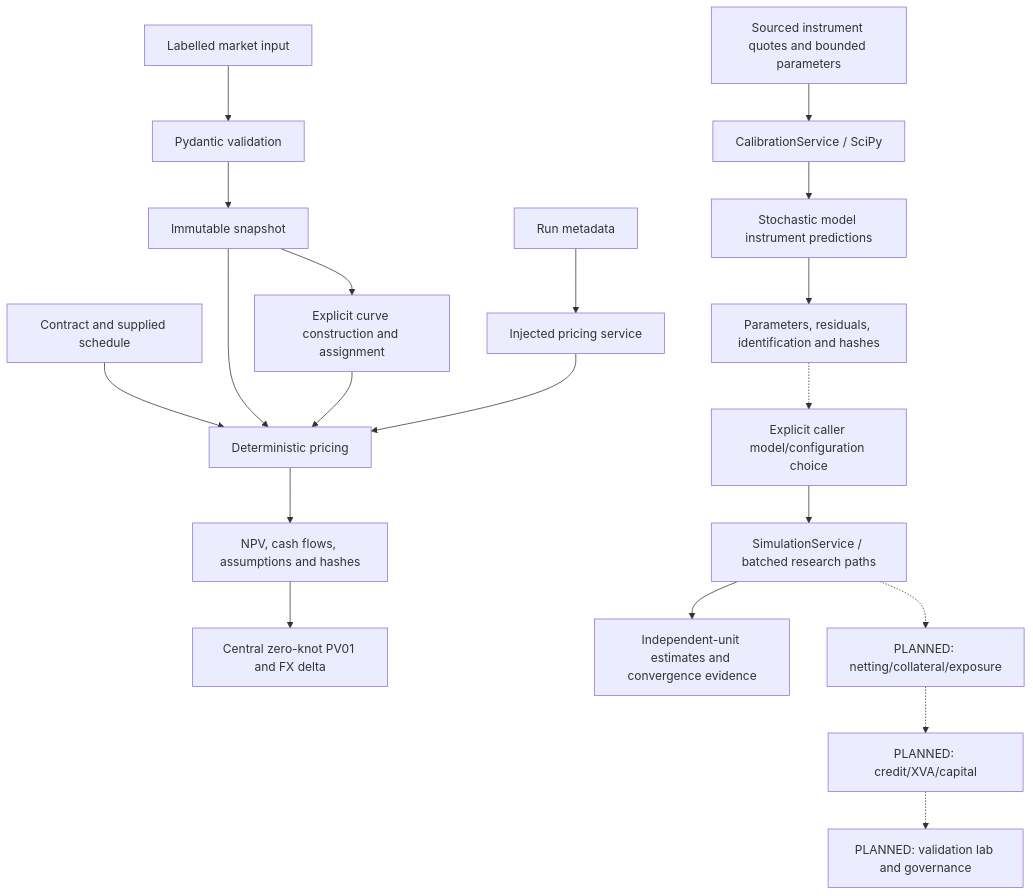
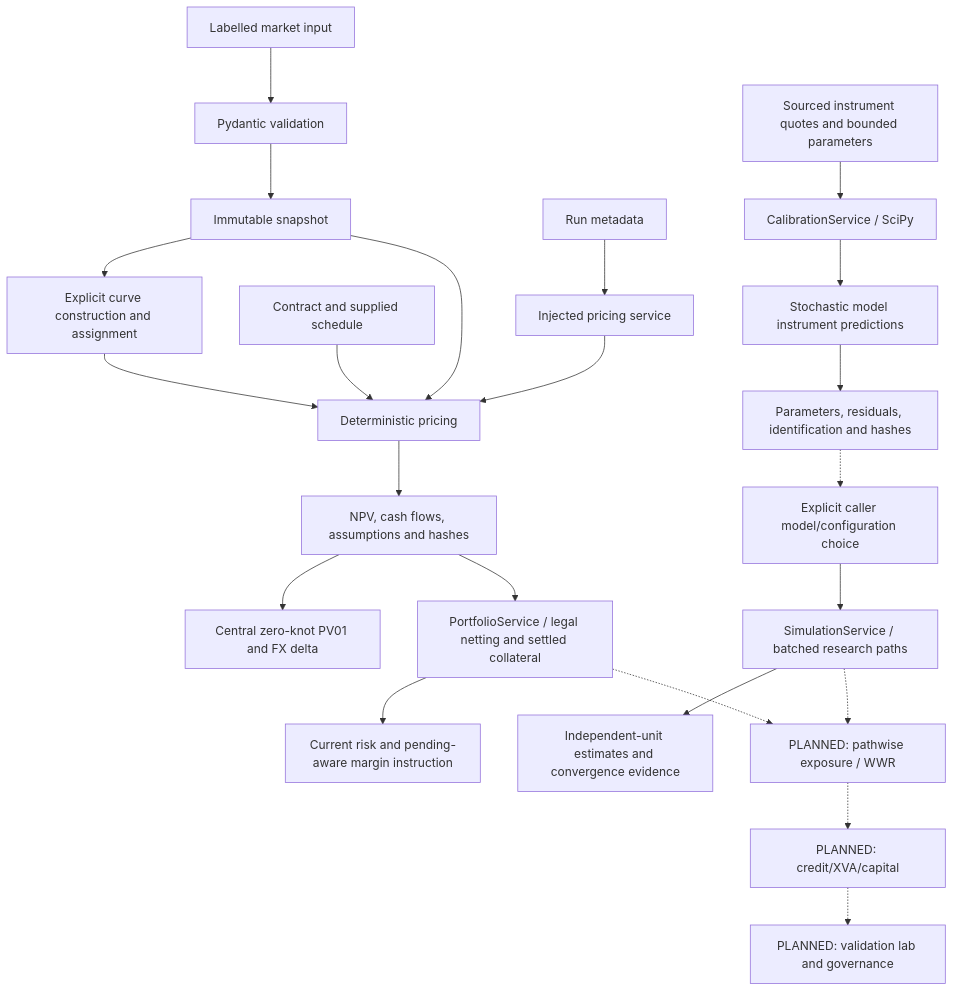
One commit to vaibhav7506/parallax-risk changed the diagram in docs/WORKFLOW.md. Above: the diagram before and after it, drawn with Mermaid. The commit also changed other lines of this file and 16 other files, not shown here.

````diff
--- a/docs/WORKFLOW.md
+++ b/docs/WORKFLOW.md
@@ -3,22 +3,25 @@
 ```mermaid
 flowchart TD
     JSON[Labelled market input] --> VALID[Pydantic validation]
     VALID --> SNAP[Immutable snapshot]
     SNAP --> CURVES[Explicit curve construction and assignment]
     CONTRACT[Contract and supplied schedule] --> PRICE[Deterministic pricing]
     SNAP --> PRICE
     CURVES --> PRICE
     RUN[Run metadata] --> SERVICE[Injected pricing service]
     SERVICE --> PRICE
     PRICE --> RESULT[NPV, cash flows, assumptions and hashes]
     RESULT --> RISK[Central zero-knot PV01 and FX delta]
     CALJSON[Sourced instrument quotes and bounded parameters] --> CAL[CalibrationService / SciPy]
     CAL --> MODELS[Stochastic model instrument predictions]
     MODELS --> FIT[Parameters, residuals, identification and hashes]
     FIT -.-> CONFIG[Explicit caller model/configuration choice]
     CONFIG --> MC[SimulationService / batched research paths]
     MC --> STATS[Independent-unit estimates and convergence evidence]
-    MC -.-> EXP[PLANNED: netting/collateral/exposure]
+    RESULT --> BOOK[PortfolioService / legal netting and settled collateral]
+    BOOK --> CURRENT[Current risk and pending-aware margin instruction]
+    MC -.-> EXP[PLANNED: pathwise exposure / WWR]
+    BOOK -.-> EXP
     EXP -.-> XVA[PLANNED: credit/XVA/capital]
     XVA -.-> GOV[PLANNED: validation lab and governance]
 ```
````
